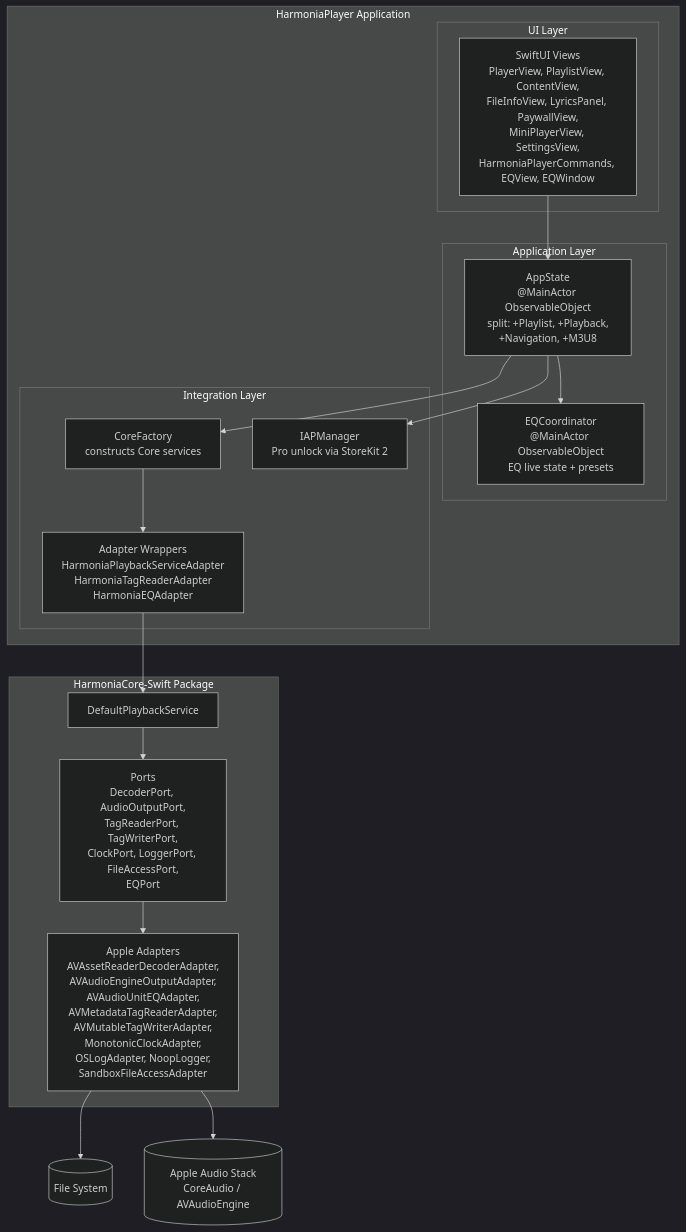
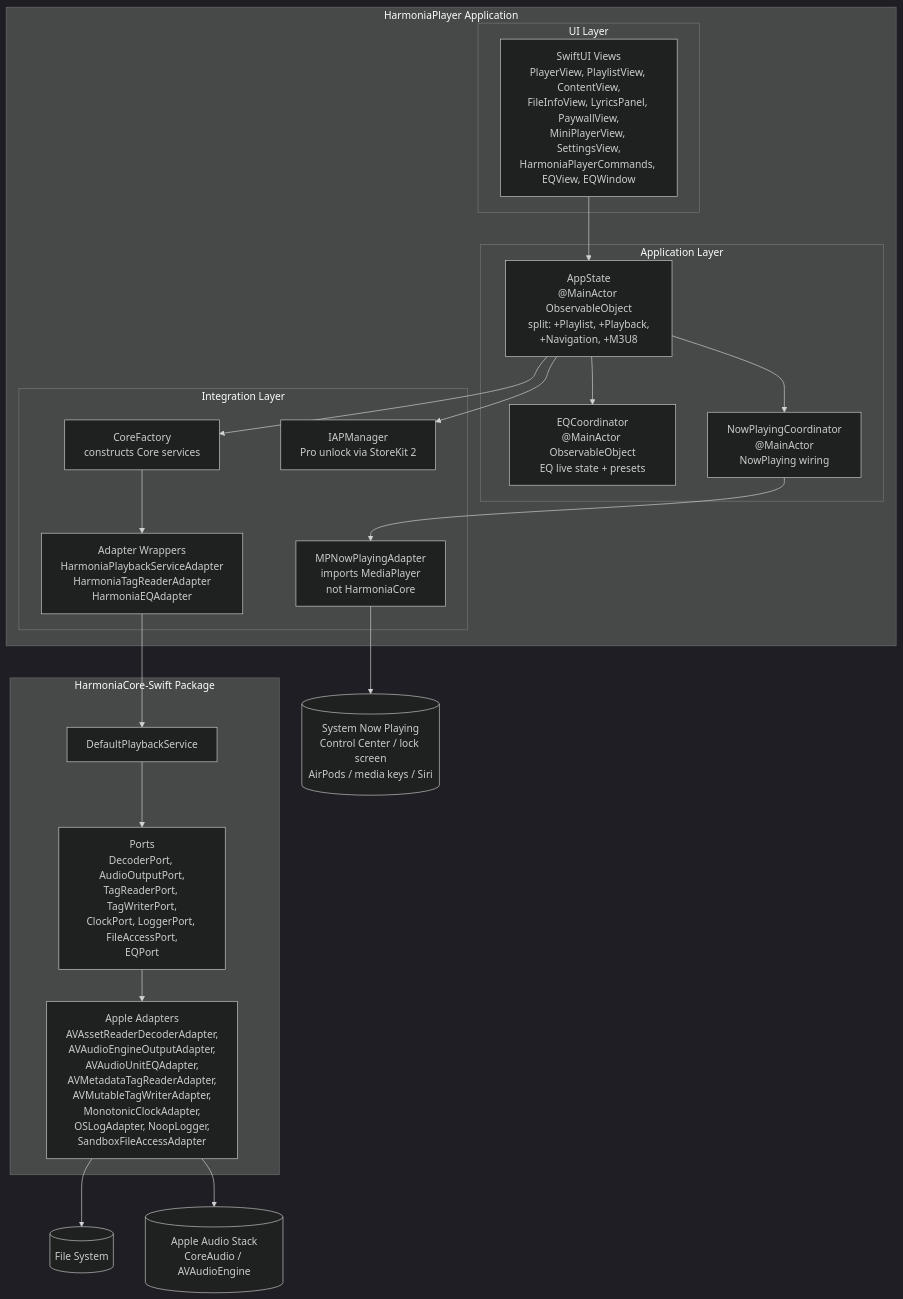
Before and after one commit to OneOfWolvesBilly/HarmoniaPlayer: the second of 2 diagrams in docs/architecture.md, drawn with Mermaid (dark theme). The commit also changed other lines of this file and 6 other files, not shown here.

```diff
--- a/docs/architecture.md
+++ b/docs/architecture.md
@@ -131,6 +133,9 @@
         eqCoordinator[EQCoordinator
 @MainActor ObservableObject
 EQ live state + presets]
+        nowPlayingCoordinator[NowPlayingCoordinator
+@MainActor
+NowPlaying wiring]
       end
 
       subgraph integration[Integration Layer]
@@ -142,6 +147,9 @@
 HarmoniaPlaybackServiceAdapter
 HarmoniaTagReaderAdapter
 HarmoniaEQAdapter]
+        mpAdapter[MPNowPlayingAdapter
+imports MediaPlayer
+not HarmoniaCore]
       end
     end
 
@@ -166,9 +174,13 @@
     fs[(File System)]
     audioStack[(Apple Audio Stack
 CoreAudio / AVAudioEngine)]
+    sysNowPlaying[(System Now Playing
+Control Center / lock screen
+AirPods / media keys / Siri)]
 
     views --> appState
     appState --> eqCoordinator
+    appState --> nowPlayingCoordinator
 
     appState --> coreFactory
     appState --> iap
@@ -176,6 +188,9 @@
     coreFactory --> adapWrappers
     adapWrappers --> service
 
+    nowPlayingCoordinator --> mpAdapter
+    mpAdapter --> sysNowPlaying
+
     service --> ports
     ports --> adapters
 
```
